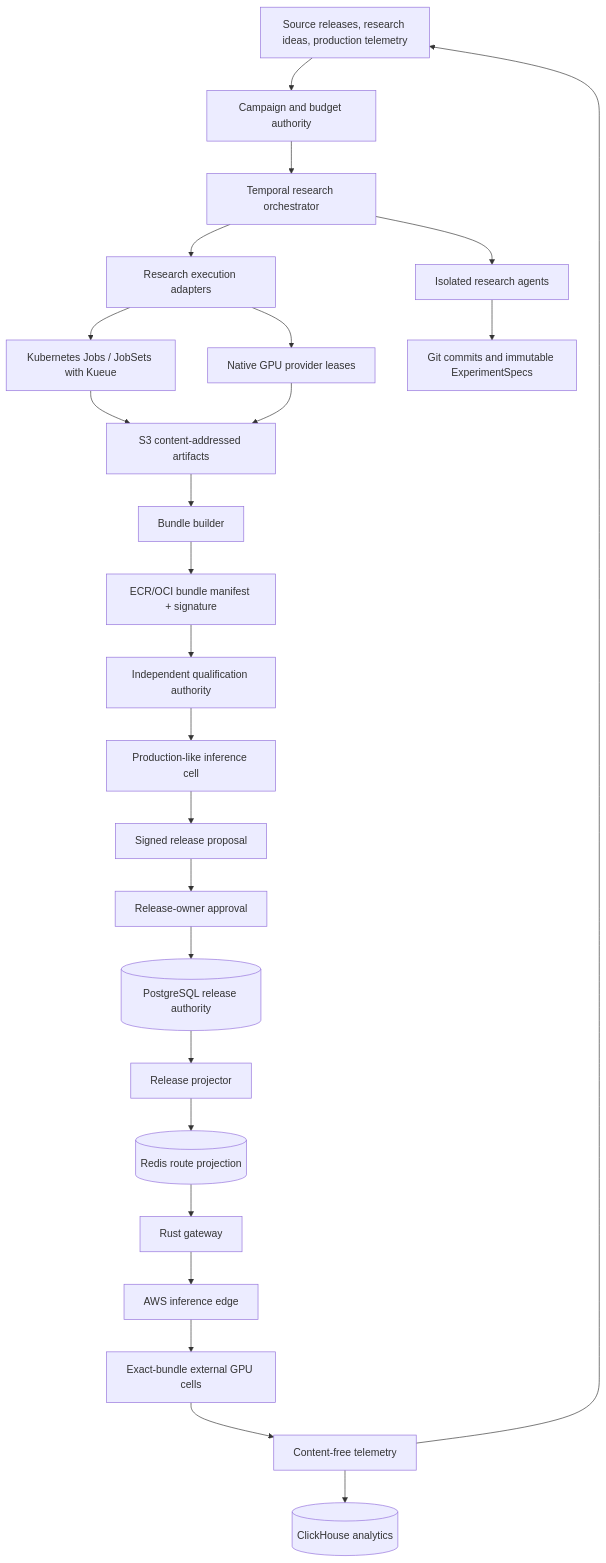
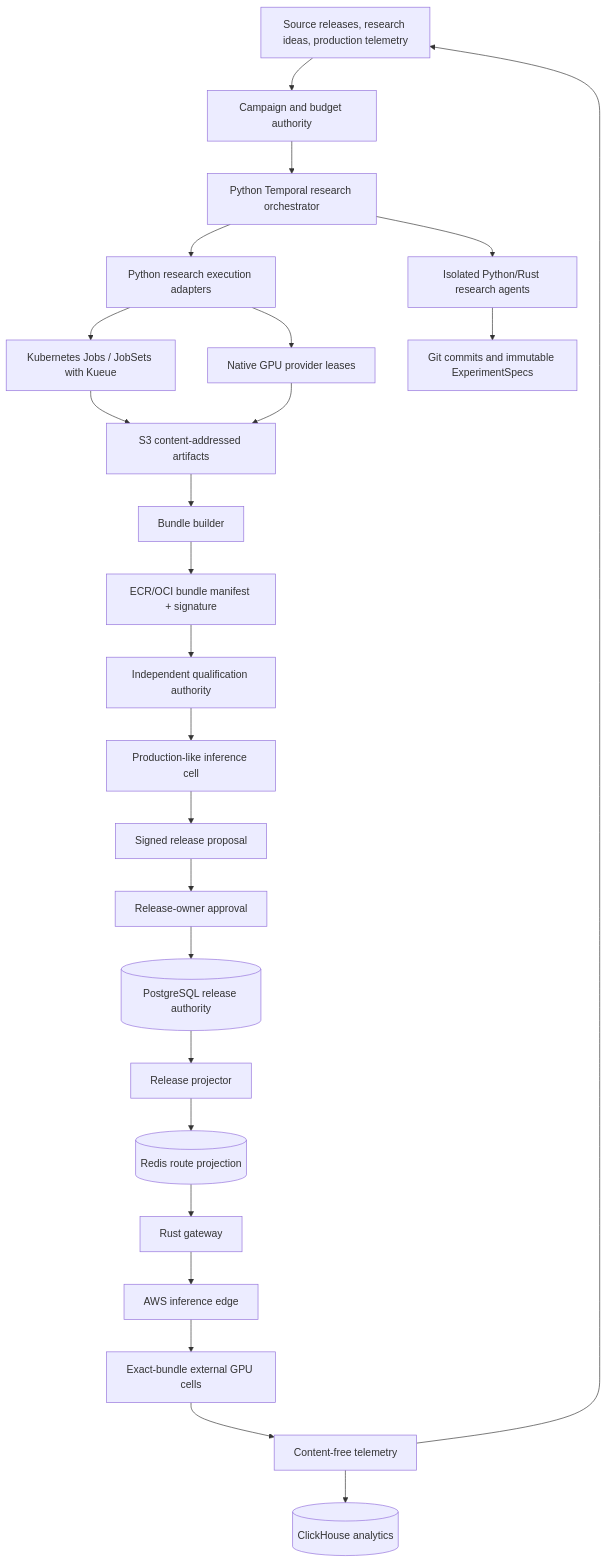
Before and after one commit to Gradiated/gradiated: the diagram in product/docs/MODEL_RESEARCH_TO_PRODUCTION_2026-07-13.md, drawn with Mermaid. The commit also changed other lines of this file and 8 other files, not shown here.

````diff
--- a/product/docs/MODEL_RESEARCH_TO_PRODUCTION_2026-07-13.md
+++ b/product/docs/MODEL_RESEARCH_TO_PRODUCTION_2026-07-13.md
@@ -34,27 +56,27 @@
 ```mermaid
 flowchart TB
   Signals[Source releases, research ideas, production telemetry] --> Campaign[Campaign and budget authority]
-  Campaign --> Temporal[Temporal research orchestrator]
-  Temporal --> Agents[Isolated research agents]
-  Temporal --> Exec[Research execution adapters]
+  Campaign --> Temporal[Python Temporal research orchestrator]
+  Temporal --> Agents[Isolated Python/Rust research agents]
+  Temporal --> Exec[Python research execution adapters]
   Exec --> K8s[Kubernetes Jobs / JobSets with Kueue]
   Exec --> Native[Native GPU provider leases]
   Agents --> Git[Git commits and immutable ExperimentSpecs]
   K8s --> Artifacts[S3 content-addressed artifacts]
   Native --> Artifacts
   Artifacts --> Builder[Bundle builder]
   Builder --> Registry[ECR/OCI bundle manifest + signature]
   Registry --> Qual[Independent qualification authority]
   Qual --> Stage[Production-like inference cell]
   Stage --> Proposal[Signed release proposal]
   Proposal --> Approval[Release-owner approval]
   Approval --> PG[(PostgreSQL release authority)]
   PG --> Projector[Release projector]
   Projector --> Redis[(Redis route projection)]
   Redis --> Gateway[Rust gateway]
   Gateway --> Edge[AWS inference edge]
   Edge --> Cells[Exact-bundle external GPU cells]
   Cells --> Metrics[Content-free telemetry]
   Metrics --> ClickHouse[(ClickHouse analytics)]
   Metrics --> Signals
 ```
````
